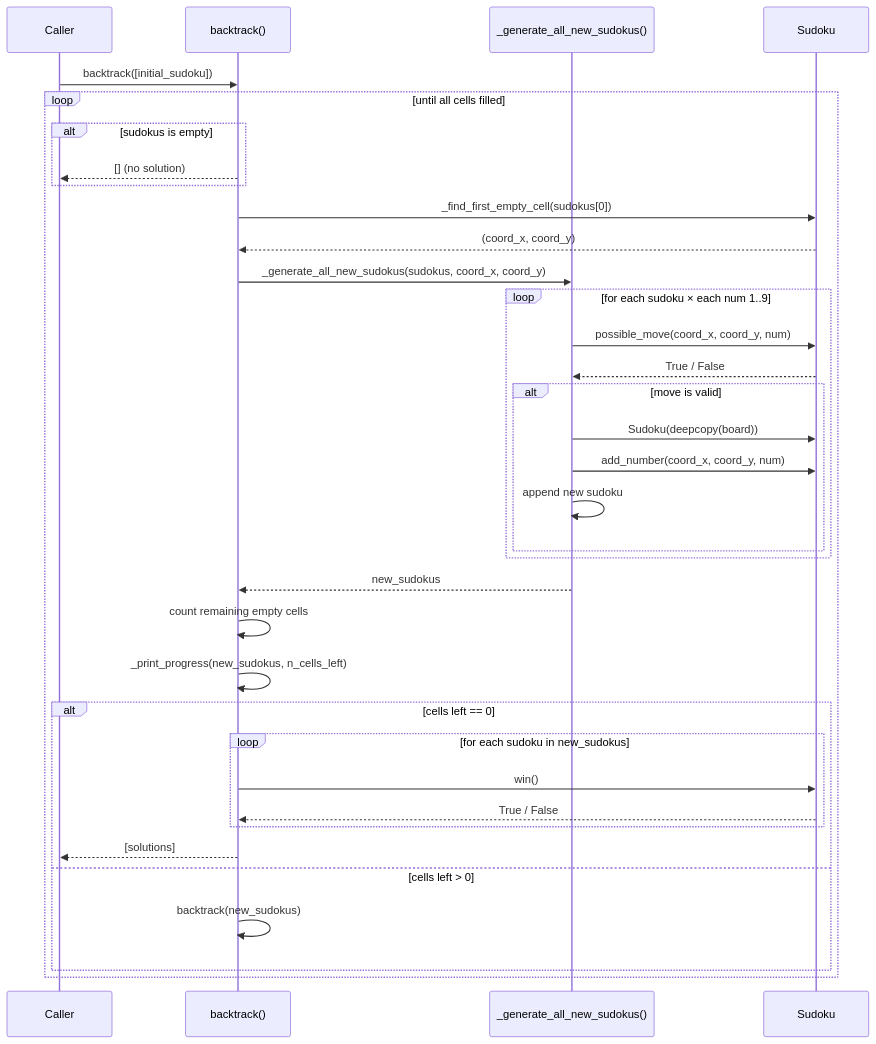
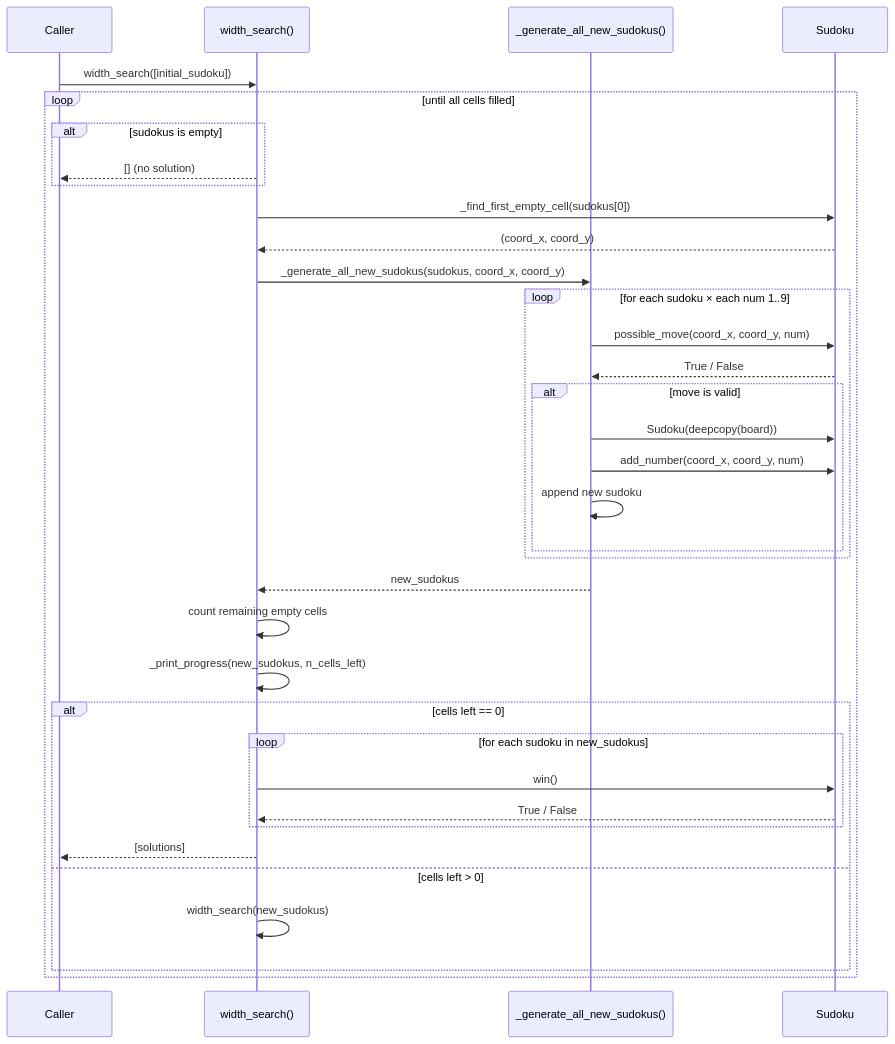
Before and after one commit to antodiazcano/width-search-sudoku: the diagram in README.md, drawn with Mermaid. The commit also changed other lines of this file and 3 other files, not shown here.

Commit message:
fixed backtrack for width search

````diff
--- a/README.md
+++ b/README.md
@@ -15,43 +15,43 @@
 ```mermaid
 sequenceDiagram
     participant C as Caller
-    participant BT as backtrack()
+    participant WS as width_search()
     participant GEN as _generate_all_new_sudokus()
     participant S as Sudoku
 
-    C->>BT: backtrack([initial_sudoku])
+    C->>WS: width_search([initial_sudoku])
 
     loop until all cells filled
         alt sudokus is empty
-            BT-->>C: [] (no solution)
+            WS-->>C: [] (no solution)
         end
 
-        BT->>S: _find_first_empty_cell(sudokus[0])
-        S-->>BT: (coord_x, coord_y)
+        WS->>S: _find_first_empty_cell(sudokus[0])
+        S-->>WS: (coord_x, coord_y)
 
-        BT->>GEN: _generate_all_new_sudokus(sudokus, coord_x, coord_y)
+        WS->>GEN: _generate_all_new_sudokus(sudokus, coord_x, coord_y)
         loop for each sudoku × each num 1..9
             GEN->>S: possible_move(coord_x, coord_y, num)
             S-->>GEN: True / False
             alt move is valid
                 GEN->>S: Sudoku(deepcopy(board))
                 GEN->>S: add_number(coord_x, coord_y, num)
                 GEN->>GEN: append new sudoku
             end
         end
-        GEN-->>BT: new_sudokus
+        GEN-->>WS: new_sudokus
 
-        BT->>BT: count remaining empty cells
-        BT->>BT: _print_progress(new_sudokus, n_cells_left)
+        WS->>WS: count remaining empty cells
+        WS->>WS: _print_progress(new_sudokus, n_cells_left)
 
         alt cells left == 0
             loop for each sudoku in new_sudokus
-                BT->>S: win()
-                S-->>BT: True / False
+                WS->>S: win()
+                S-->>WS: True / False
             end
-            BT-->>C: [solutions]
+            WS-->>C: [solutions]
         else cells left > 0
-            BT->>BT: backtrack(new_sudokus)
+            WS->>WS: width_search(new_sudokus)
         end
     end
 ```
````
